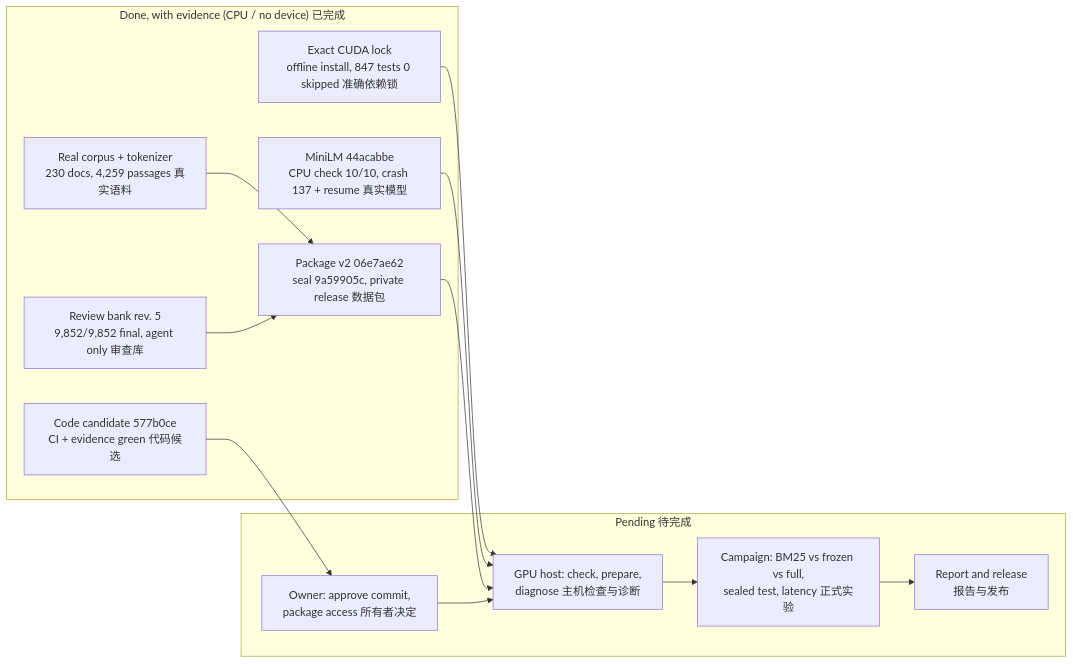
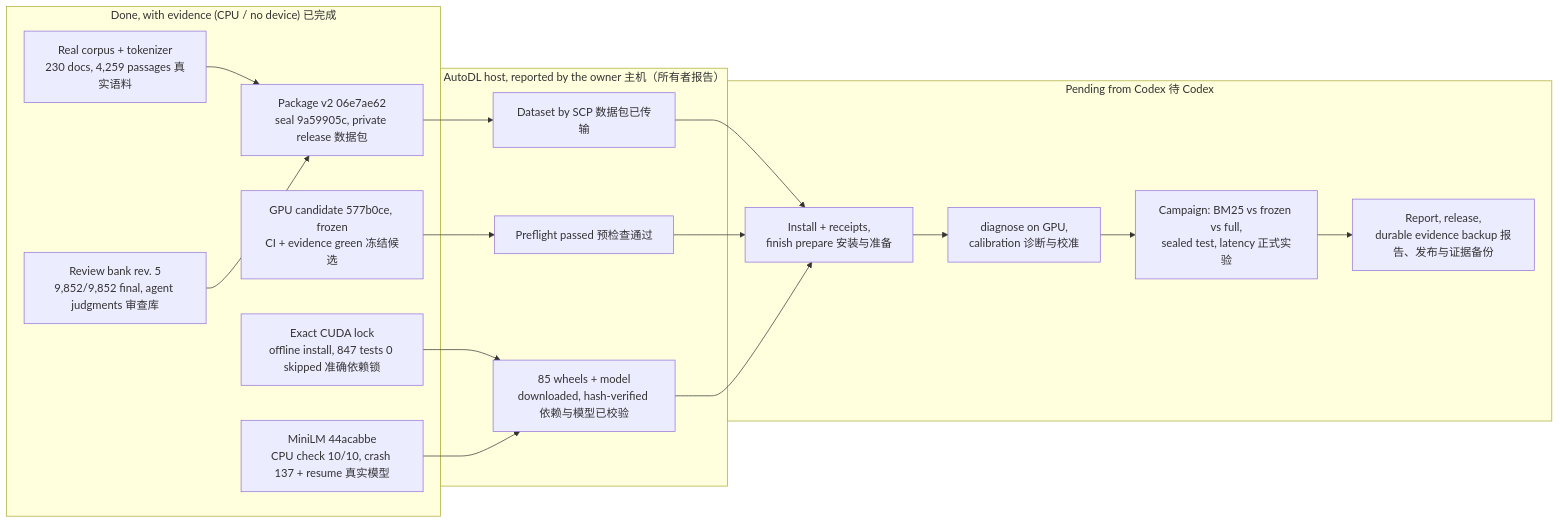
One commit to Hector-sau/devsearch changed the first of 5 diagrams in docs/DIAGRAMS.md. Above: the diagram before and after it, drawn with Mermaid. The commit also changed 18 other files, not shown here.

First line of the commit message:
Docs: README as entry point with settled GPU facts; history marked per section; Codex owns evidence backup

````diff
--- a/docs/DIAGRAMS.md
+++ b/docs/DIAGRAMS.md
@@ -12,24 +12,32 @@
 ```mermaid
 flowchart LR
   subgraph DONE["Done, with evidence (CPU / no device) 已完成"]
-    C["Code candidate 577b0ce<br/>CI + evidence green 代码候选"]
+    C["GPU candidate 577b0ce, frozen<br/>CI + evidence green 冻结候选"]
     L["Exact CUDA lock<br/>offline install, 847 tests 0 skipped 准确依赖锁"]
     M["MiniLM 44acabbe<br/>CPU check 10/10, crash 137 + resume 真实模型"]
     D["Real corpus + tokenizer<br/>230 docs, 4,259 passages 真实语料"]
-    B["Review bank rev. 5<br/>9,852/9,852 final, agent only 审查库"]
+    B["Review bank rev. 5<br/>9,852/9,852 final, agent judgments 审查库"]
     P["Package v2 06e7ae62<br/>seal 9a59905c, private release 数据包"]
   end
-  subgraph WAIT["Pending 待完成"]
-    O["Owner: approve commit,<br/>package access 所有者决定"]
-    G["GPU host: check, prepare,<br/>diagnose 主机检查与诊断"]
+  subgraph HOST["AutoDL host, reported by the owner 主机（所有者报告）"]
+    S["Dataset by SCP 数据包已传输"]
+    Q["Preflight passed 预检查通过"]
+    W["85 wheels + model<br/>downloaded, hash-verified 依赖与模型已校验"]
+  end
+  subgraph WAIT["Pending from Codex 待 Codex"]
+    I["Install + receipts,<br/>finish prepare 安装与准备"]
+    G["diagnose on GPU,<br/>calibration 诊断与校准"]
     R["Campaign: BM25 vs frozen vs full,<br/>sealed test, latency 正式实验"]
-    F["Report and release<br/>报告与发布"]
+    F["Report, release,<br/>durable evidence backup 报告、发布与证据备份"]
   end
-  C --> O
-  L --> G
-  M --> G
-  P --> G
   D --> P
   B --> P
-  O --> G --> R --> F
+  P --> S
+  C --> Q
+  L --> W
+  M --> W
+  S --> I
+  Q --> I
+  W --> I
+  I --> G --> R --> F
 ```
````
